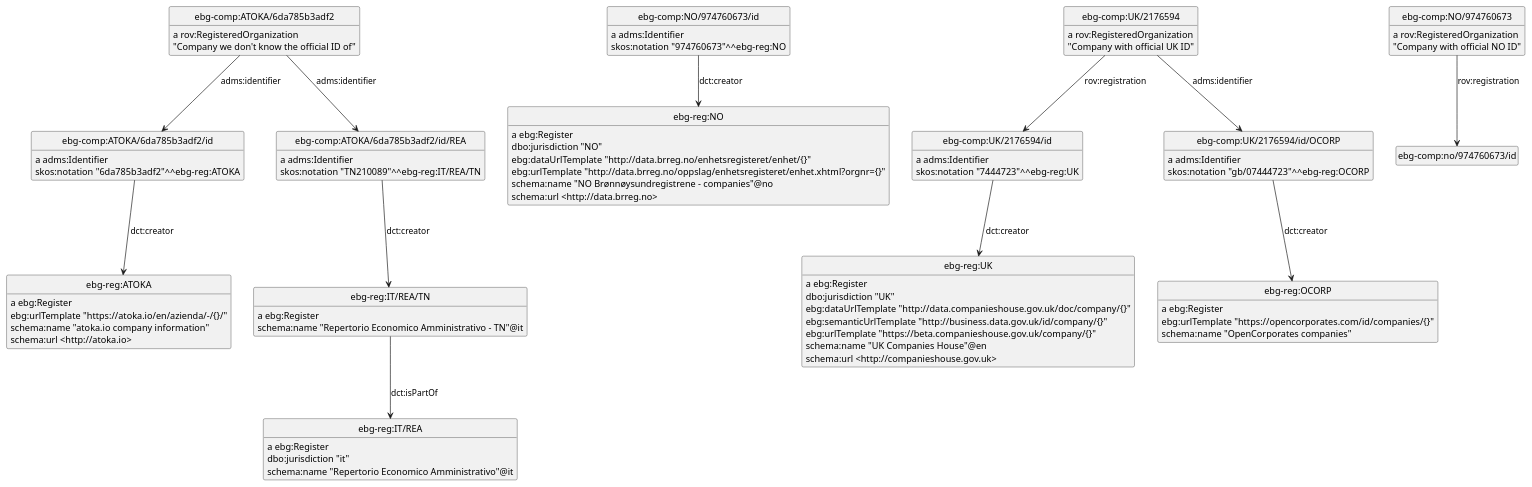
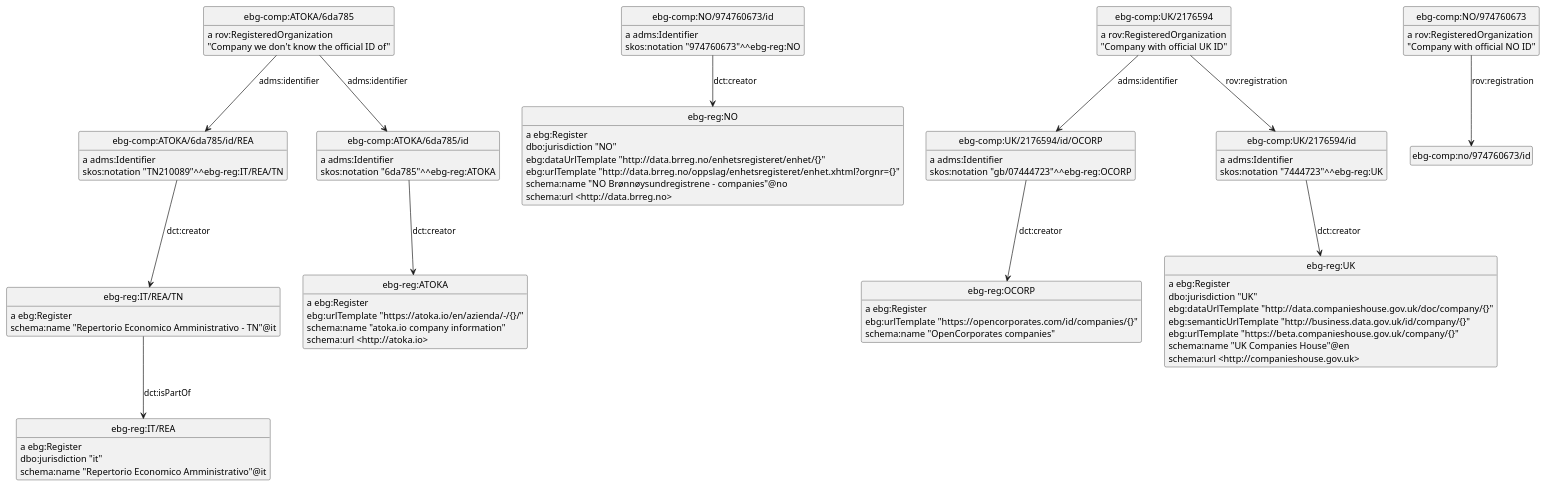
One commit to euBusinessGraph/eubg-data changed the diagram in model/identifiers.puml. Above: the diagram before and after it, drawn with PlantUML. The commit also changed 7 other files, not shown here.

```diff
--- a/model/identifiers.puml
+++ b/model/identifiers.puml
@@ -1,73 +1,73 @@
 @startuml
 hide empty methods
 hide empty attributes
 hide circle
 skinparam classAttributeIconSize 0
-class ebg_comp_ATOKA_6da785b3adf2 as "ebg-comp:ATOKA/6da785b3adf2"
-ebg_comp_ATOKA_6da785b3adf2 : a rov:RegisteredOrganization
-class ebg_comp_ATOKA_6da785b3adf2_id as "ebg-comp:ATOKA/6da785b3adf2/id"
-ebg_comp_ATOKA_6da785b3adf2 --> ebg_comp_ATOKA_6da785b3adf2_id : adms:identifier
-class ebg_comp_ATOKA_6da785b3adf2_id_REA as "ebg-comp:ATOKA/6da785b3adf2/id/REA"
-ebg_comp_ATOKA_6da785b3adf2 --> ebg_comp_ATOKA_6da785b3adf2_id_REA : adms:identifier
-ebg_comp_ATOKA_6da785b3adf2 :  "Company we don't know the official ID of"
-class ebg_reg_IT_REA as "ebg-reg:IT/REA"
-ebg_reg_IT_REA : a ebg:Register
-ebg_reg_IT_REA : dbo:jurisdiction "it"
-ebg_reg_IT_REA : schema:name "Repertorio Economico Amministrativo"@it
+class ebg_reg_ATOKA as "ebg-reg:ATOKA"
+ebg_reg_ATOKA : a ebg:Register
+ebg_reg_ATOKA : ebg:urlTemplate "https://atoka.io/en/azienda/-/{}/"
+ebg_reg_ATOKA : schema:name "atoka.io company information"
+ebg_reg_ATOKA : schema:url <http://atoka.io>
+class ebg_comp_ATOKA_6da785 as "ebg-comp:ATOKA/6da785"
+ebg_comp_ATOKA_6da785 : a rov:RegisteredOrganization
+class ebg_comp_ATOKA_6da785_id_REA as "ebg-comp:ATOKA/6da785/id/REA"
+ebg_comp_ATOKA_6da785 --> ebg_comp_ATOKA_6da785_id_REA : adms:identifier
+class ebg_comp_ATOKA_6da785_id as "ebg-comp:ATOKA/6da785/id"
+ebg_comp_ATOKA_6da785 --> ebg_comp_ATOKA_6da785_id : adms:identifier
+ebg_comp_ATOKA_6da785 :  "Company we don't know the official ID of"
 class ebg_reg_NO as "ebg-reg:NO"
 ebg_reg_NO : a ebg:Register
 ebg_reg_NO : dbo:jurisdiction "NO"
 ebg_reg_NO : ebg:dataUrlTemplate "http://data.brreg.no/enhetsregisteret/enhet/{}"
 ebg_reg_NO : ebg:urlTemplate "http://data.brreg.no/oppslag/enhetsregisteret/enhet.xhtml?orgnr={}"
 ebg_reg_NO : schema:name "NO Brønnøysundregistrene - companies"@no
 ebg_reg_NO : schema:url <http://data.brreg.no>
+class ebg_comp_NO_974760673_id as "ebg-comp:NO/974760673/id"
+ebg_comp_NO_974760673_id : a adms:Identifier
+ebg_comp_NO_974760673_id --> ebg_reg_NO : dct:creator
+ebg_comp_NO_974760673_id : skos:notation "974760673"^^ebg-reg:NO
+class ebg_reg_OCORP as "ebg-reg:OCORP"
+ebg_reg_OCORP : a ebg:Register
+ebg_reg_OCORP : ebg:urlTemplate "https://opencorporates.com/id/companies/{}"
+ebg_reg_OCORP : schema:name "OpenCorporates companies"
+ebg_comp_ATOKA_6da785_id_REA : a adms:Identifier
+class ebg_reg_IT_REA_TN as "ebg-reg:IT/REA/TN"
+ebg_comp_ATOKA_6da785_id_REA --> ebg_reg_IT_REA_TN : dct:creator
+ebg_comp_ATOKA_6da785_id_REA : skos:notation "TN210089"^^ebg-reg:IT/REA/TN
+class ebg_comp_UK_2176594_id_OCORP as "ebg-comp:UK/2176594/id/OCORP"
+ebg_comp_UK_2176594_id_OCORP : a adms:Identifier
+ebg_comp_UK_2176594_id_OCORP --> ebg_reg_OCORP : dct:creator
+ebg_comp_UK_2176594_id_OCORP : skos:notation "gb/07444723"^^ebg-reg:OCORP
+class ebg_comp_NO_974760673 as "ebg-comp:NO/974760673"
+ebg_comp_NO_974760673 : a rov:RegisteredOrganization
+class ebg_comp_no_974760673_id as "ebg-comp:no/974760673/id"
+ebg_comp_NO_974760673 --> ebg_comp_no_974760673_id : rov:registration
+ebg_comp_NO_974760673 :  "Company with official NO ID"
+class ebg_reg_IT_REA as "ebg-reg:IT/REA"
+ebg_reg_IT_REA : a ebg:Register
+ebg_reg_IT_REA : dbo:jurisdiction "it"
+ebg_reg_IT_REA : schema:name "Repertorio Economico Amministrativo"@it
+class ebg_comp_UK_2176594 as "ebg-comp:UK/2176594"
+ebg_comp_UK_2176594 : a rov:RegisteredOrganization
+class ebg_comp_UK_2176594_id as "ebg-comp:UK/2176594/id"
+ebg_comp_UK_2176594 --> ebg_comp_UK_2176594_id : rov:registration
+ebg_comp_UK_2176594 --> ebg_comp_UK_2176594_id_OCORP : adms:identifier
+ebg_comp_UK_2176594 :  "Company with official UK ID"
+ebg_comp_UK_2176594_id : a adms:Identifier
 class ebg_reg_UK as "ebg-reg:UK"
+ebg_comp_UK_2176594_id --> ebg_reg_UK : dct:creator
+ebg_comp_UK_2176594_id : skos:notation "7444723"^^ebg-reg:UK
+ebg_comp_ATOKA_6da785_id : a adms:Identifier
+ebg_comp_ATOKA_6da785_id --> ebg_reg_ATOKA : dct:creator
+ebg_comp_ATOKA_6da785_id : skos:notation "6da785"^^ebg-reg:ATOKA
+ebg_reg_IT_REA_TN : a ebg:Register
+ebg_reg_IT_REA_TN --> ebg_reg_IT_REA : dct:isPartOf
+ebg_reg_IT_REA_TN : schema:name "Repertorio Economico Amministrativo - TN"@it
 ebg_reg_UK : a ebg:Register
 ebg_reg_UK : dbo:jurisdiction "UK"
 ebg_reg_UK : ebg:dataUrlTemplate "http://data.companieshouse.gov.uk/doc/company/{}"
 ebg_reg_UK : ebg:semanticUrlTemplate "http://business.data.gov.uk/id/company/{}"
 ebg_reg_UK : ebg:urlTemplate "https://beta.companieshouse.gov.uk/company/{}"
 ebg_reg_UK : schema:name "UK Companies House"@en
 ebg_reg_UK : schema:url <http://companieshouse.gov.uk>
-class ebg_comp_NO_974760673_id as "ebg-comp:NO/974760673/id"
-ebg_comp_NO_974760673_id : a adms:Identifier
-ebg_comp_NO_974760673_id --> ebg_reg_NO : dct:creator
-ebg_comp_NO_974760673_id : skos:notation "974760673"^^ebg-reg:NO
-class ebg_comp_NO_974760673 as "ebg-comp:NO/974760673"
-ebg_comp_NO_974760673 : a rov:RegisteredOrganization
-class ebg_comp_no_974760673_id as "ebg-comp:no/974760673/id"
-ebg_comp_NO_974760673 --> ebg_comp_no_974760673_id : rov:registration
-ebg_comp_NO_974760673 :  "Company with official NO ID"
-class ebg_comp_UK_2176594 as "ebg-comp:UK/2176594"
-ebg_comp_UK_2176594 : a rov:RegisteredOrganization
-class ebg_comp_UK_2176594_id as "ebg-comp:UK/2176594/id"
-ebg_comp_UK_2176594 --> ebg_comp_UK_2176594_id : rov:registration
-class ebg_comp_UK_2176594_id_OCORP as "ebg-comp:UK/2176594/id/OCORP"
-ebg_comp_UK_2176594 --> ebg_comp_UK_2176594_id_OCORP : adms:identifier
-ebg_comp_UK_2176594 :  "Company with official UK ID"
-class ebg_reg_ATOKA as "ebg-reg:ATOKA"
-ebg_reg_ATOKA : a ebg:Register
-ebg_reg_ATOKA : ebg:urlTemplate "https://atoka.io/en/azienda/-/{}/"
-ebg_reg_ATOKA : schema:name "atoka.io company information"
-ebg_reg_ATOKA : schema:url <http://atoka.io>
-ebg_comp_ATOKA_6da785b3adf2_id_REA : a adms:Identifier
-class ebg_reg_IT_REA_TN as "ebg-reg:IT/REA/TN"
-ebg_comp_ATOKA_6da785b3adf2_id_REA --> ebg_reg_IT_REA_TN : dct:creator
-ebg_comp_ATOKA_6da785b3adf2_id_REA : skos:notation "TN210089"^^ebg-reg:IT/REA/TN
-ebg_comp_UK_2176594_id_OCORP : a adms:Identifier
-class ebg_reg_OCORP as "ebg-reg:OCORP"
-ebg_comp_UK_2176594_id_OCORP --> ebg_reg_OCORP : dct:creator
-ebg_comp_UK_2176594_id_OCORP : skos:notation "gb/07444723"^^ebg-reg:OCORP
-ebg_reg_OCORP : a ebg:Register
-ebg_reg_OCORP : ebg:urlTemplate "https://opencorporates.com/id/companies/{}"
-ebg_reg_OCORP : schema:name "OpenCorporates companies"
-ebg_comp_UK_2176594_id : a adms:Identifier
-ebg_comp_UK_2176594_id --> ebg_reg_UK : dct:creator
-ebg_comp_UK_2176594_id : skos:notation "7444723"^^ebg-reg:UK
-ebg_reg_IT_REA_TN : a ebg:Register
-ebg_reg_IT_REA_TN --> ebg_reg_IT_REA : dct:isPartOf
-ebg_reg_IT_REA_TN : schema:name "Repertorio Economico Amministrativo - TN"@it
-ebg_comp_ATOKA_6da785b3adf2_id : a adms:Identifier
-ebg_comp_ATOKA_6da785b3adf2_id --> ebg_reg_ATOKA : dct:creator
-ebg_comp_ATOKA_6da785b3adf2_id : skos:notation "6da785b3adf2"^^ebg-reg:ATOKA
 @enduml
```
